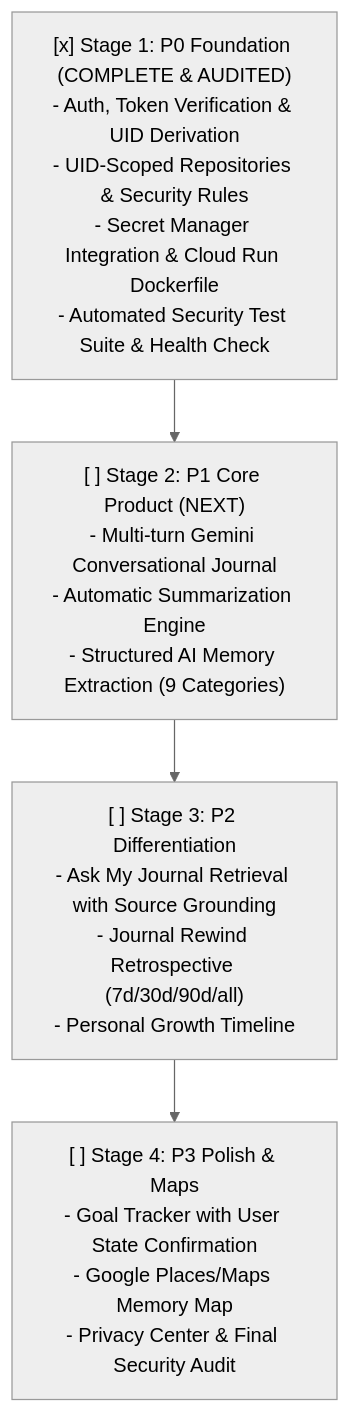
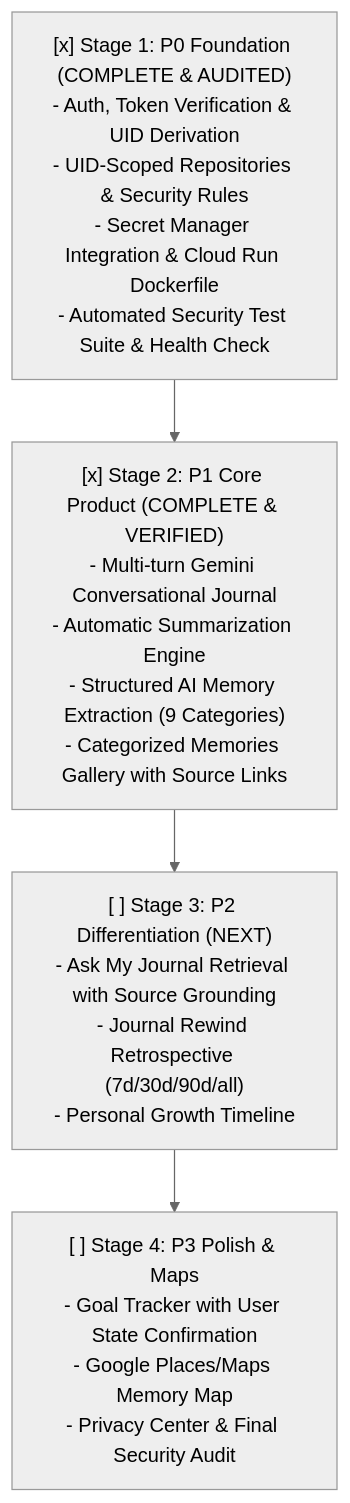
One commit to pavankarthikeyaatchyuta-lab/MINDVAULT changed the diagram in README.md. Above: the diagram before and after it, drawn with Mermaid (neutral theme). The commit also changed other lines of this file and 23 other files, not shown here.

Commit message:
feat: Stage 2 P1 Core Product - Multi-turn journal chat, resilient save, summarizer, memory extraction & gallery

````diff
--- a/README.md
+++ b/README.md
@@ -80,9 +91,9 @@
 ```mermaid
 flowchart TD
     S1["[x] Stage 1: P0 Foundation (COMPLETE & AUDITED)\n- Auth, Token Verification & UID Derivation\n- UID-Scoped Repositories & Security Rules\n- Secret Manager Integration & Cloud Run Dockerfile\n- Automated Security Test Suite & Health Check"]
-    S2["[ ] Stage 2: P1 Core Product (NEXT)\n- Multi-turn Gemini Conversational Journal\n- Automatic Summarization Engine\n- Structured AI Memory Extraction (9 Categories)"]
-    S3["[ ] Stage 3: P2 Differentiation\n- Ask My Journal Retrieval with Source Grounding\n- Journal Rewind Retrospective (7d/30d/90d/all)\n- Personal Growth Timeline"]
+    S2["[x] Stage 2: P1 Core Product (COMPLETE & VERIFIED)\n- Multi-turn Gemini Conversational Journal\n- Automatic Summarization Engine\n- Structured AI Memory Extraction (9 Categories)\n- Categorized Memories Gallery with Source Links"]
+    S3["[ ] Stage 3: P2 Differentiation (NEXT)\n- Ask My Journal Retrieval with Source Grounding\n- Journal Rewind Retrospective (7d/30d/90d/all)\n- Personal Growth Timeline"]
     S4["[ ] Stage 4: P3 Polish & Maps\n- Goal Tracker with User State Confirmation\n- Google Places/Maps Memory Map\n- Privacy Center & Final Security Audit"]
 
     S1 --> S2 --> S3 --> S4
 ```
````
